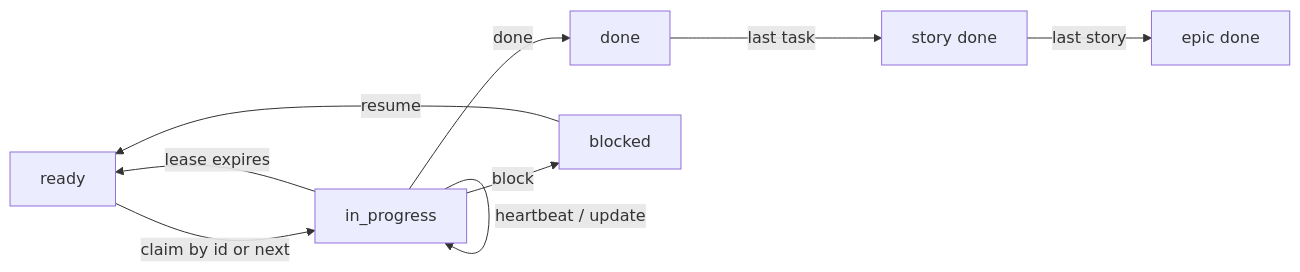
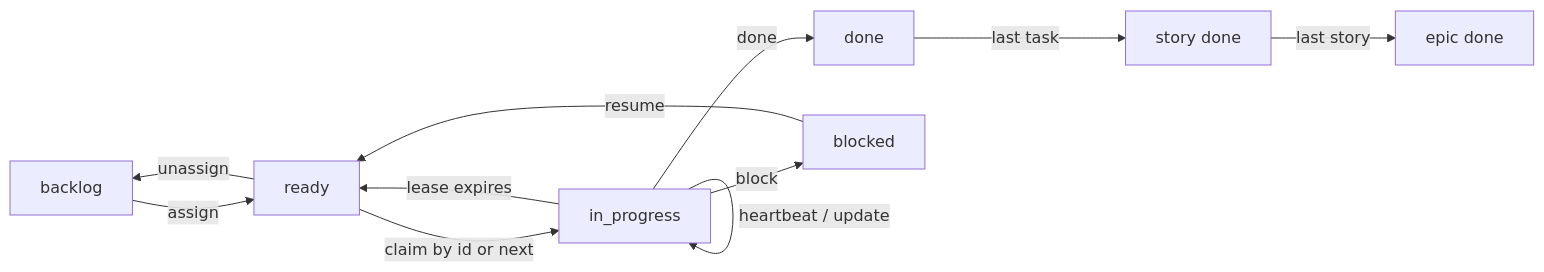
Before and after one commit to igorjpimenta/winch: the diagram in README.md, drawn with Mermaid. The commit also changed other lines of this file and 39 other files, not shown here.

````diff
--- a/README.md
+++ b/README.md
@@ -199,11 +200,13 @@
 ```mermaid
 flowchart LR
-  A[ready] -->|claim by id or next| B[in_progress]
+  Z[backlog] -->|assign| A[ready]
+  A -->|unassign| Z
+  A -->|claim by id or next| B[in_progress]
   B -->|heartbeat / update| B
   B -->|lease expires| A
   B -->|done| C[done]
   B -->|block| D[blocked]
   D -->|resume| A
   C -->|last task| E[story done]
   E -->|last story| F[epic done]
 ```
````
